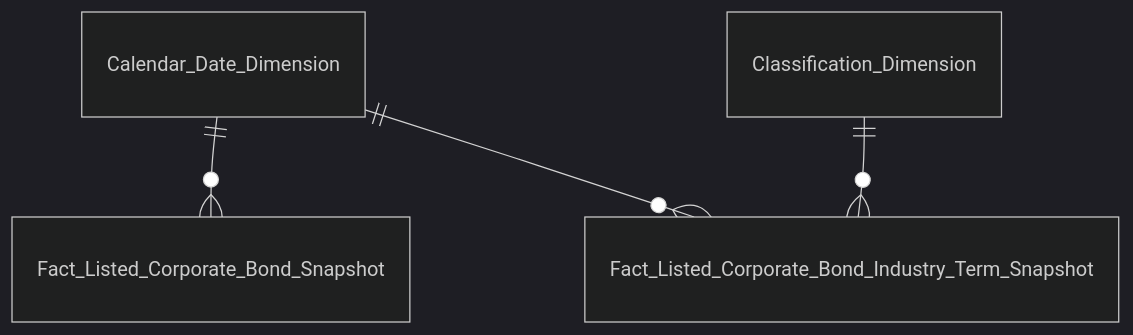
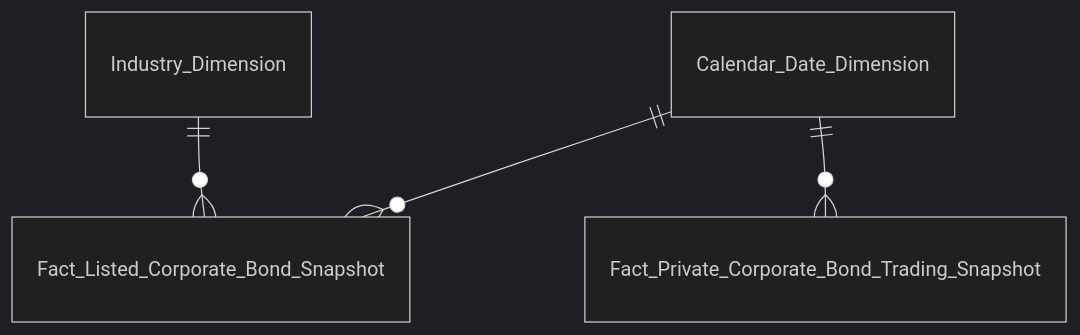
One commit to linhlvit/ubck_atomic_design changed the ninth of 16 diagrams in Datamart/hld/DTM_VP_Entities.md. Above: the diagram before and after it, drawn with Mermaid (dark theme). The commit also changed other lines of this file and 25 other files, not shown here.

````diff
--- a/Datamart/hld/DTM_VP_Entities.md
+++ b/Datamart/hld/DTM_VP_Entities.md
@@ -101,6 +153,6 @@
 ```mermaid
 erDiagram
     Calendar_Date_Dimension ||--o{ Fact_Listed_Corporate_Bond_Snapshot : " "
-    Calendar_Date_Dimension ||--o{ Fact_Listed_Corporate_Bond_Industry_Term_Snapshot : " "
-    Classification_Dimension ||--o{ Fact_Listed_Corporate_Bond_Industry_Term_Snapshot : " "
+    Industry_Dimension ||--o{ Fact_Listed_Corporate_Bond_Snapshot : " "
+    Calendar_Date_Dimension ||--o{ Fact_Private_Corporate_Bond_Trading_Snapshot : " "
 ```
````
